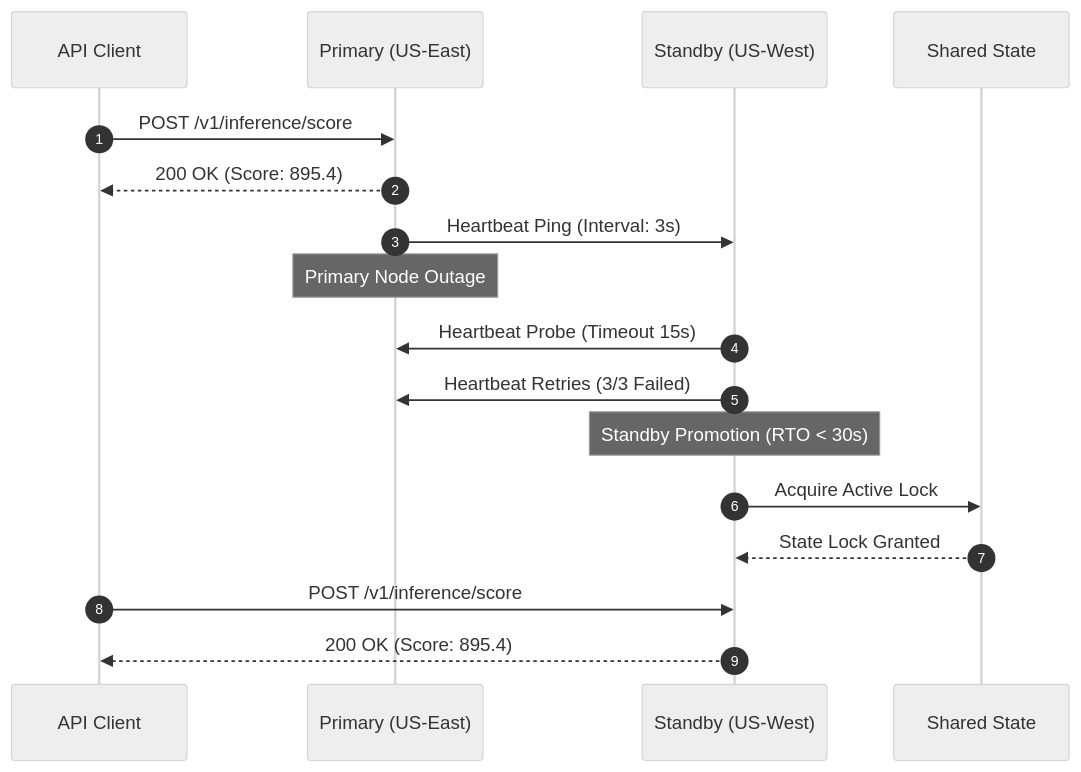
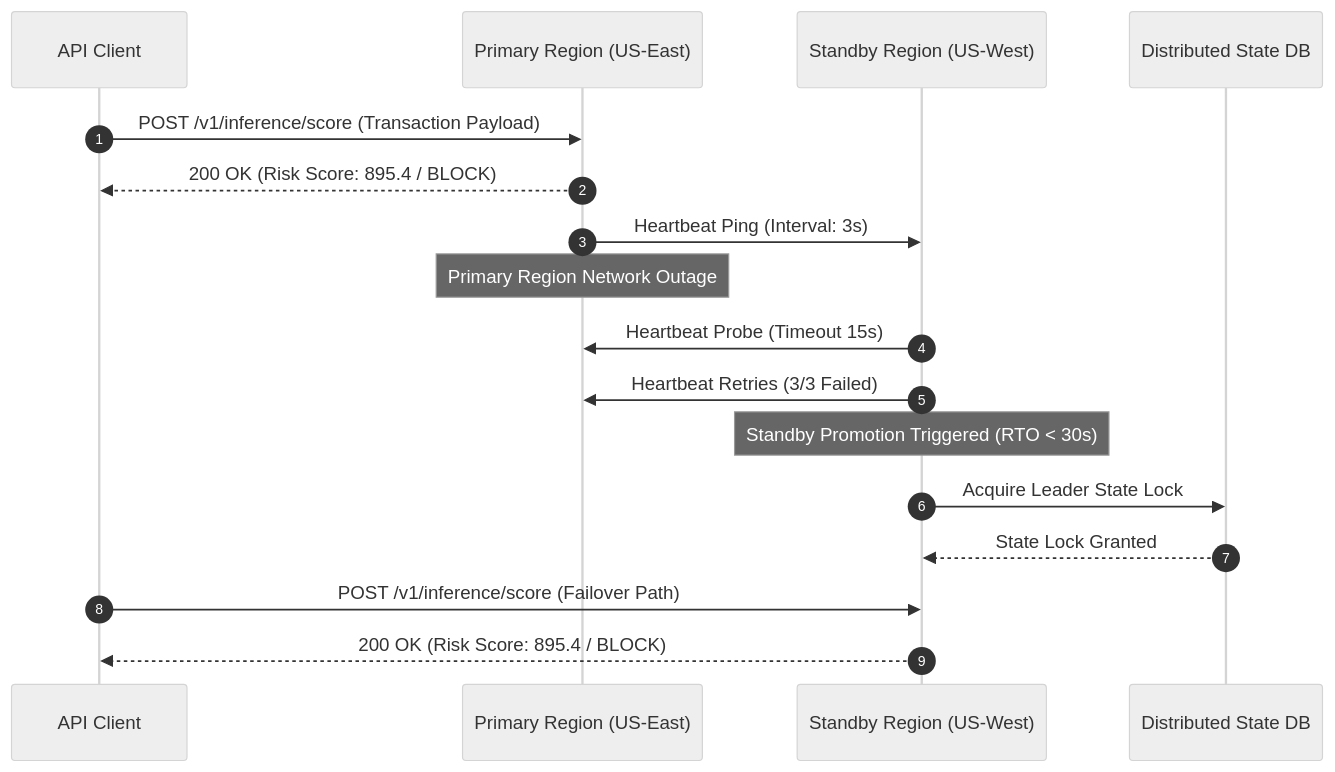
The second of 2 diagrams in README.md (yusufcalisir/CF-Intelligence), drawn with Mermaid (neutral theme) before and after one commit. The commit also changed other lines of this file, not shown here.

Commit message:
docs(readme): rewrite publication-grade README with zero-to-hero architecture, TEE/FHE matrix, math proofs, clean directory tree, and interactive Mermaid diagrams

````diff
--- a/README.md
+++ b/README.md
@@ -118,24 +132,24 @@
 ```mermaid
 sequenceDiagram
     autonumber
     participant App as API Client
-    participant Primary as Primary (US-East)
-    participant Standby as Standby (US-West)
-    participant DB as Shared State
+    participant Primary as Primary Region (US-East)
+    participant Standby as Standby Region (US-West)
+    participant State as Distributed State DB
 
-    App->>Primary: POST /v1/inference/score
-    Primary-->>App: 200 OK (Score: 895.4)
+    App->>Primary: POST /v1/inference/score (Transaction Payload)
+    Primary-->>App: 200 OK (Risk Score: 895.4 / BLOCK)
     Primary->>Standby: Heartbeat Ping (Interval: 3s)
     
-    Note over Primary: Primary Node Outage
+    Note over Primary: Primary Region Network Outage
     
     Standby->>Primary: Heartbeat Probe (Timeout 15s)
     Standby->>Primary: Heartbeat Retries (3/3 Failed)
     
-    Note over Standby: Standby Promotion (RTO < 30s)
-    Standby->>DB: Acquire Active Lock
-    DB-->>Standby: State Lock Granted
+    Note over Standby: Standby Promotion Triggered (RTO < 30s)
+    Standby->>State: Acquire Leader State Lock
+    State-->>Standby: State Lock Granted
     
-    App->>Standby: POST /v1/inference/score
-    Standby-->>App: 200 OK (Score: 895.4)
+    App->>Standby: POST /v1/inference/score (Failover Path)
+    Standby-->>App: 200 OK (Risk Score: 895.4 / BLOCK)
 ```
````
